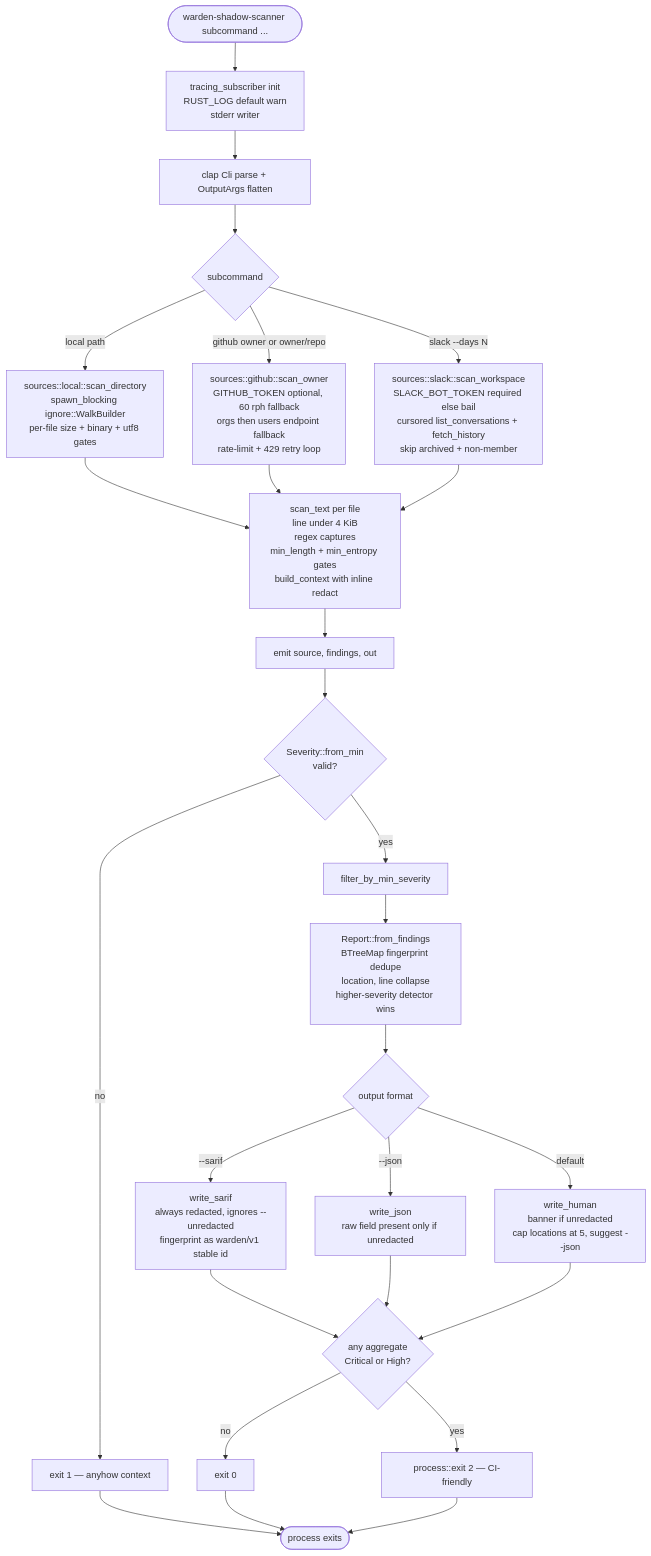
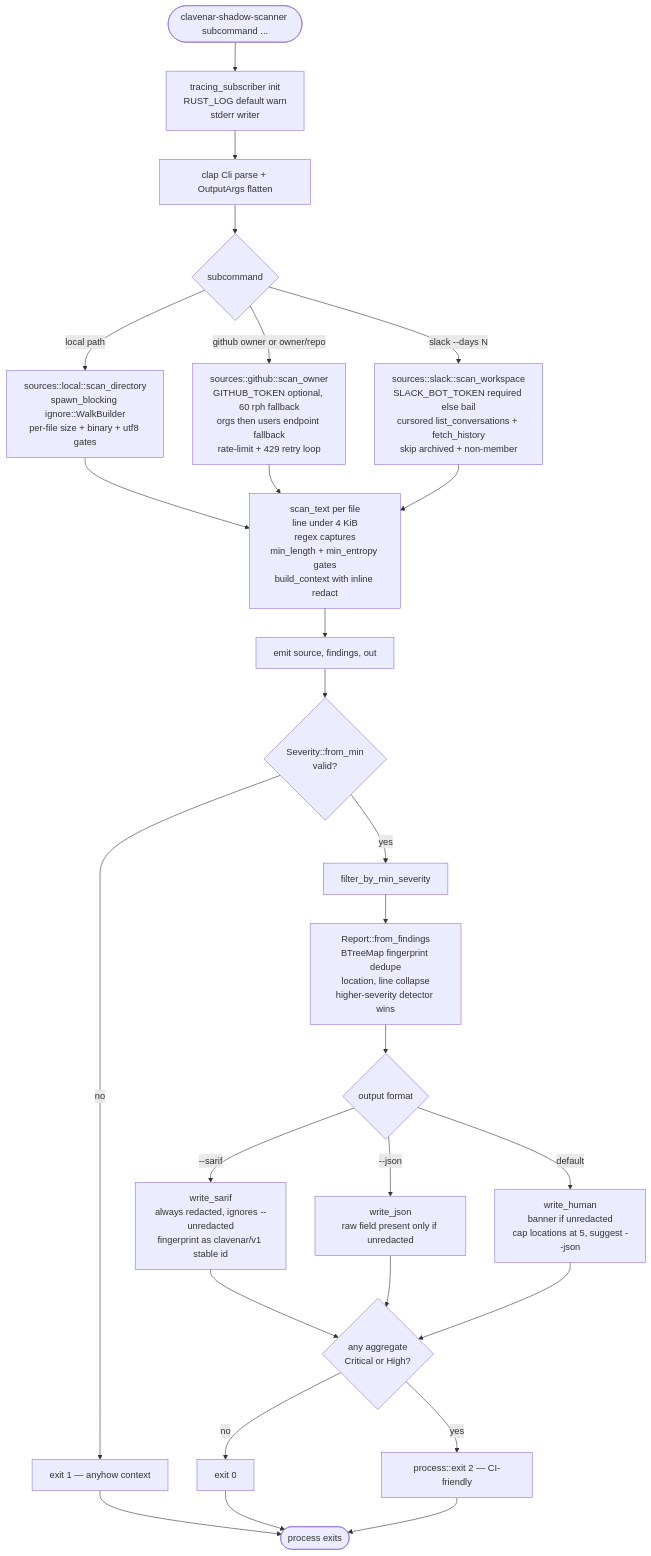
One commit to clavenar/clavenar-shadow-scanner changed the sixth of 6 diagrams in docs/SEQUENCES.md. Above: the diagram before and after it, drawn with Mermaid. The commit also changed other lines of this file and 13 other files, not shown here.

First line of the commit message:
rename product Agent Warden → Clavenar

````diff
--- a/docs/SEQUENCES.md
+++ b/docs/SEQUENCES.md
@@ -368,35 +368,35 @@
 ```mermaid
 flowchart TD
-    Start([warden-shadow-scanner subcommand ...]) --> Tracing[tracing_subscriber init<br/>RUST_LOG default warn<br/>stderr writer]
+    Start([clavenar-shadow-scanner subcommand ...]) --> Tracing[tracing_subscriber init<br/>RUST_LOG default warn<br/>stderr writer]
     Tracing --> Parse[clap Cli parse + OutputArgs flatten]
     Parse --> Sub{subcommand}
 
     Sub -->|local path| L[sources::local::scan_directory<br/>spawn_blocking ignore::WalkBuilder<br/>per-file size + binary + utf8 gates]
     Sub -->|github owner or owner/repo| G[sources::github::scan_owner<br/>GITHUB_TOKEN optional, 60 rph fallback<br/>orgs then users endpoint fallback<br/>rate-limit + 429 retry loop]
     Sub -->|slack --days N| S[sources::slack::scan_workspace<br/>SLACK_BOT_TOKEN required else bail<br/>cursored list_conversations + fetch_history<br/>skip archived + non-member]
 
     L --> Det[scan_text per file<br/>line under 4 KiB<br/>regex captures<br/>min_length + min_entropy gates<br/>build_context with inline redact]
     G --> Det
     S --> Det
 
     Det --> Emit[emit source, findings, out]
     Emit --> SevMin{Severity::from_min<br/>valid?}
     SevMin -->|no| Err1[exit 1 — anyhow context]
     SevMin -->|yes| Filter[filter_by_min_severity]
     Filter --> Build[Report::from_findings<br/>BTreeMap fingerprint dedupe<br/>location, line collapse<br/>higher-severity detector wins]
 
     Build --> Fmt{output format}
-    Fmt -->|--sarif| Sarif[write_sarif<br/>always redacted, ignores --unredacted<br/>fingerprint as warden/v1 stable id]
+    Fmt -->|--sarif| Sarif[write_sarif<br/>always redacted, ignores --unredacted<br/>fingerprint as clavenar/v1 stable id]
     Fmt -->|--json| Json[write_json<br/>raw field present only if unredacted]
     Fmt -->|default| Human[write_human<br/>banner if unredacted<br/>cap locations at 5, suggest --json]
 
     Sarif --> AnyHigh{any aggregate<br/>Critical or High?}
     Json --> AnyHigh
     Human --> AnyHigh
     AnyHigh -->|yes| E2[process::exit 2 — CI-friendly]
     AnyHigh -->|no| E0[exit 0]
 
     Err1 --> End([process exits])
     E0 --> End
     E2 --> End
 ```
````
